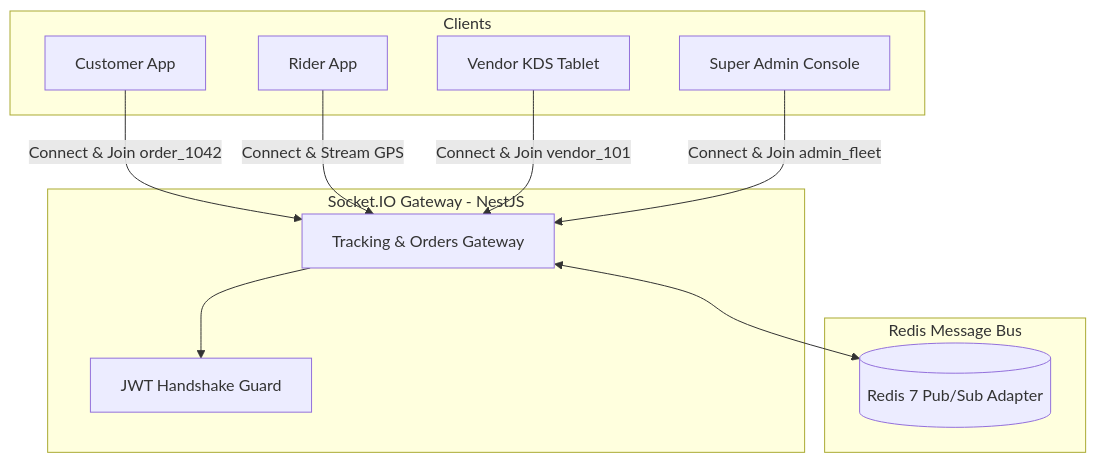
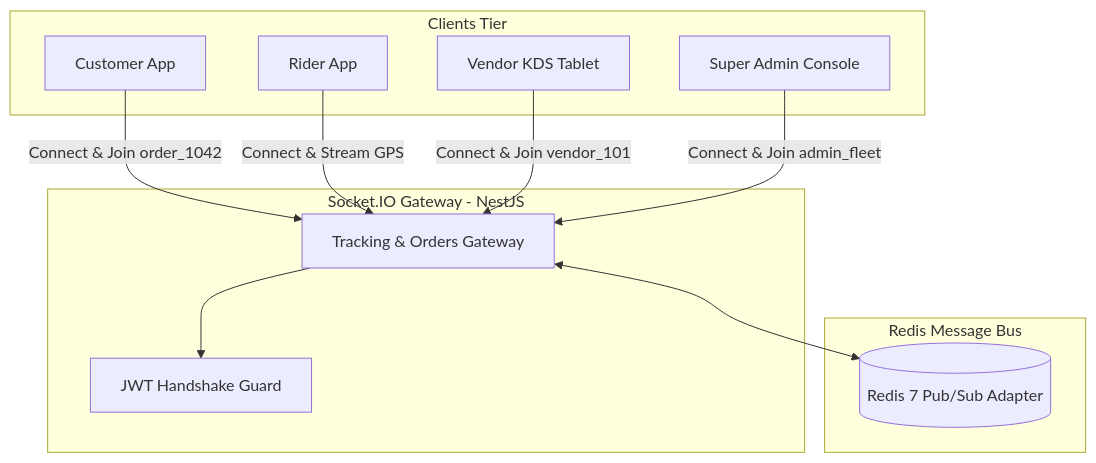
The diagram in context_docs/technical-implementation-documents/04-realtime-events-and-websocket-protocol.md (ihjohny/DeliveryOS), drawn with Mermaid before and after one commit. The commit also changed 1 other file, not shown here.

Commit message:
docs(mermaid): fix subgraph syntax for GitHub rich display rendering
- Use subgraph ID["Title"] syntax across TID-01 and TID-04
- Quote node labels containing parentheses, ampersands, and HTML break tags to resolve GitHub parse error

````diff
--- a/context_docs/technical-implementation-documents/04-realtime-events-and-websocket-protocol.md
+++ b/context_docs/technical-implementation-documents/04-realtime-events-and-websocket-protocol.md
@@ -9,26 +9,26 @@
 ```mermaid
 graph TD
-    subgraph Clients
-        CA[Customer App]
-        RA[Rider App]
-        VK[Vendor KDS Tablet]
-        AD[Super Admin Console]
+    subgraph Clients["Clients Tier"]
+        CA["Customer App"]
+        RA["Rider App"]
+        VK["Vendor KDS Tablet"]
+        AD["Super Admin Console"]
     end
 
-    subgraph Socket.IO Gateway - NestJS
-        GW[Tracking & Orders Gateway]
-        AUTH[JWT Handshake Guard]
+    subgraph Gateway["Socket.IO Gateway - NestJS"]
+        GW["Tracking & Orders Gateway"]
+        AUTH["JWT Handshake Guard"]
     end
 
-    subgraph Redis Message Bus
-        REDIS[(Redis 7 Pub/Sub Adapter)]
+    subgraph RedisBus["Redis Message Bus"]
+        REDIS[("Redis 7 Pub/Sub Adapter")]
     end
 
     CA -->|Connect & Join order_1042| GW
     RA -->|Connect & Stream GPS| GW
     VK -->|Connect & Join vendor_101| GW
     AD -->|Connect & Join admin_fleet| GW
 
     GW --> AUTH
     GW <--> REDIS
 ```
````
